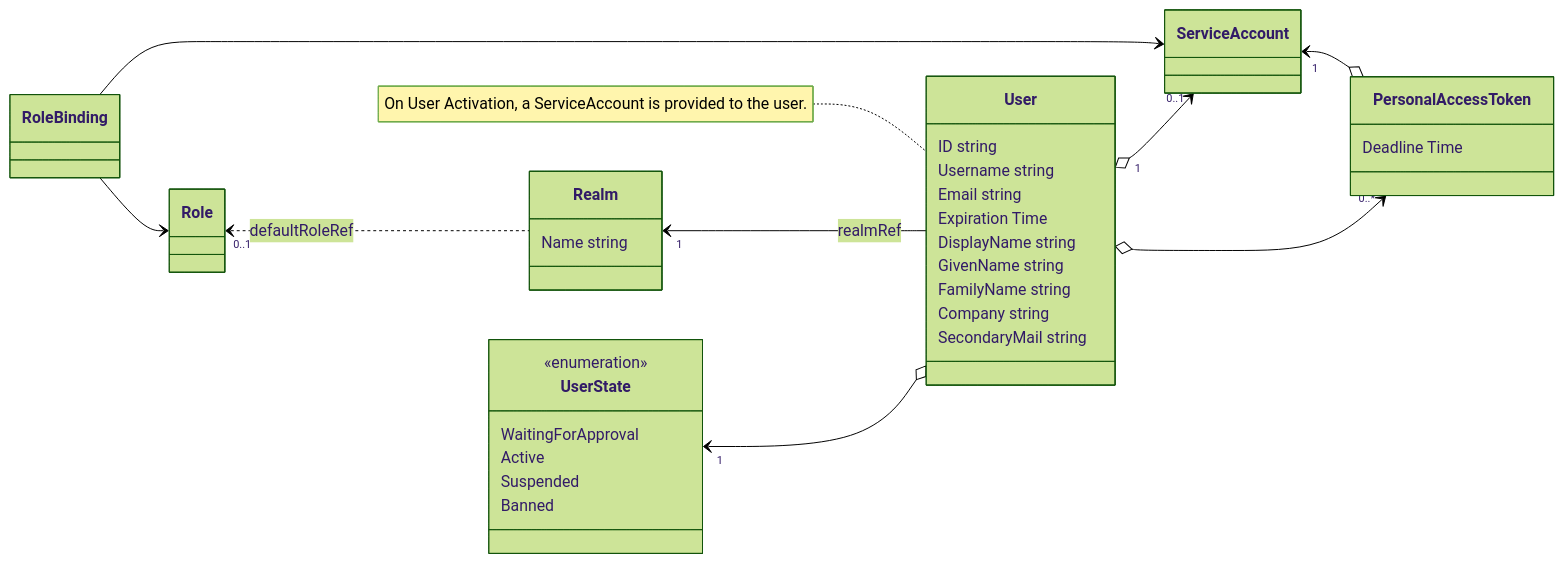
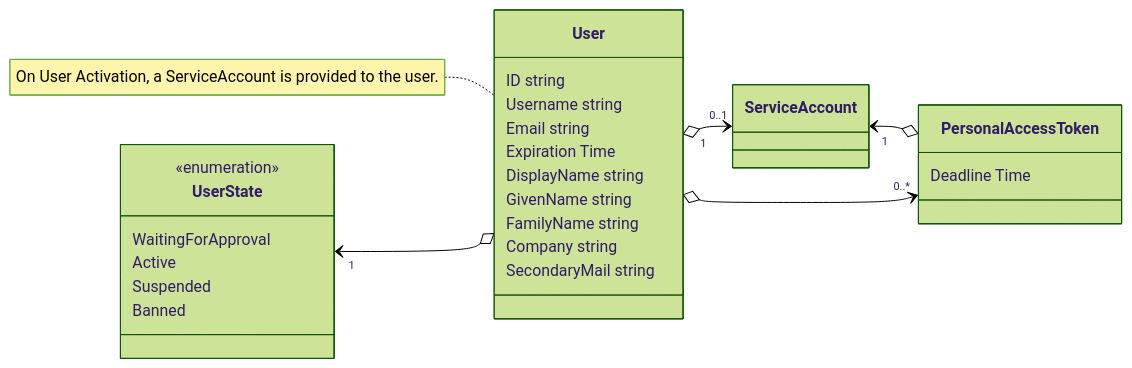
The diagram in docs/kim-classes.mmd (filariow/kim), drawn with Mermaid (forest theme) before and after one commit. The commit also changed 9 other files, not shown here.

```diff
--- a/docs/kim-classes.mmd
+++ b/docs/kim-classes.mmd
@@ -1,42 +1,32 @@
 classDiagram
   direction LR
 
   class User
-  class Realm
   class UserState
   class PersonalAccessToken
 
   class ServiceAccount
-  class Role
-  class RoleBinding
 
   User : ID string
   User : Username string
   User : Email string
   User : Expiration Time
   User : DisplayName string
   User : GivenName string
   User : FamilyName string
   User : Company string
   User : SecondaryMail string
 
-  Realm : Name string
-  Realm "1" <-- User : realmRef
-  Role "0..1" <.. Realm : defaultRoleRef
-
   <<enumeration>> UserState
   UserState : WaitingForApproval
   UserState : Active
   UserState : Suspended
   UserState : Banned
   UserState "1" <--o User
 
-  RoleBinding --> ServiceAccount
-  RoleBinding --> Role
-
   note for User "On User Activation, a ServiceAccount is provided to the user."
   ServiceAccount "1" <--o PersonalAccessToken
   User "1" o--> "0..1" ServiceAccount
 
   PersonalAccessToken : Deadline Time
   User o--> "0..*" PersonalAccessToken
```
